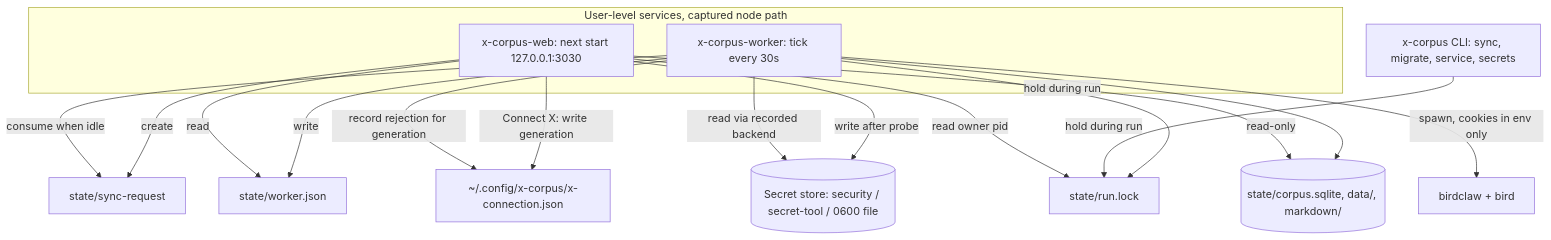
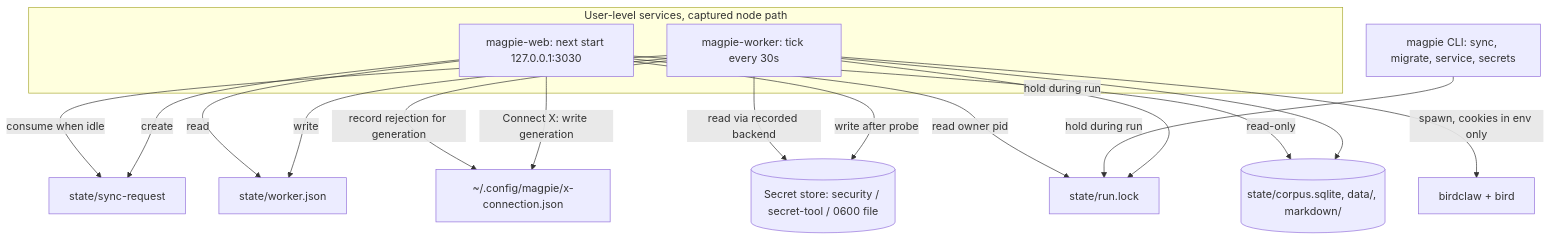
One commit to ianpoley/magpie changed the third of 6 diagrams in docs/plans/2026-11-20-1134-feat-in-app-sync-runner-plan.md. Above: the diagram before and after it, drawn with Mermaid. The commit also changed other lines of this file and 44 other files, not shown here.

First line of the commit message:
refactor: rename x-corpus to magpie, with a handover for existing installs

````diff
--- a/docs/plans/2026-11-20-1134-feat-in-app-sync-runner-plan.md
+++ b/docs/plans/2026-11-20-1134-feat-in-app-sync-runner-plan.md
@@ -247,22 +247,22 @@
 ```mermaid
 flowchart TB
   subgraph Services[User-level services, captured node path]
-    WEB[x-corpus-web: next start 127.0.0.1:3030]
-    WRK[x-corpus-worker: tick every 30s]
+    WEB[magpie-web: next start 127.0.0.1:3030]
+    WRK[magpie-worker: tick every 30s]
   end
-  CLI[x-corpus CLI: sync, migrate, service, secrets]
+  CLI[magpie CLI: sync, migrate, service, secrets]
   WEB -->|create| REQ[state/sync-request]
   WRK -->|consume when idle| REQ
   WRK -->|write| WJ[state/worker.json]
   WEB -->|read| WJ
   WRK -->|hold during run| LOCK[state/run.lock]
   CLI -->|hold during run| LOCK
   WEB -->|read owner pid| LOCK
-  WEB -->|Connect X: write generation| CONN[~/.config/x-corpus/x-connection.json]
+  WEB -->|Connect X: write generation| CONN[~/.config/magpie/x-connection.json]
   WRK -->|record rejection for generation| CONN
   WEB -->|write after probe| SEC[(Secret store: security / secret-tool / 0600 file)]
   WRK -->|read via recorded backend| SEC
   WRK -->|spawn, cookies in env only| BC[birdclaw + bird]
   WRK --> STORE[(state/corpus.sqlite, data/, markdown/)]
   WEB -->|read-only| STORE
 ```
````
